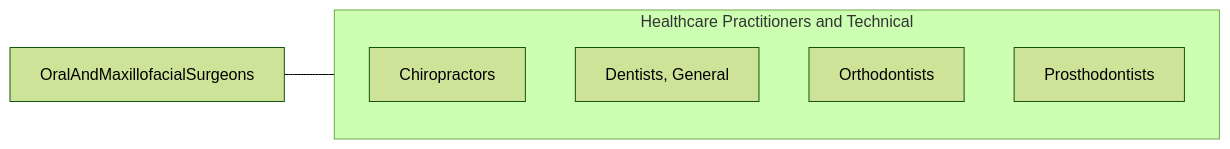
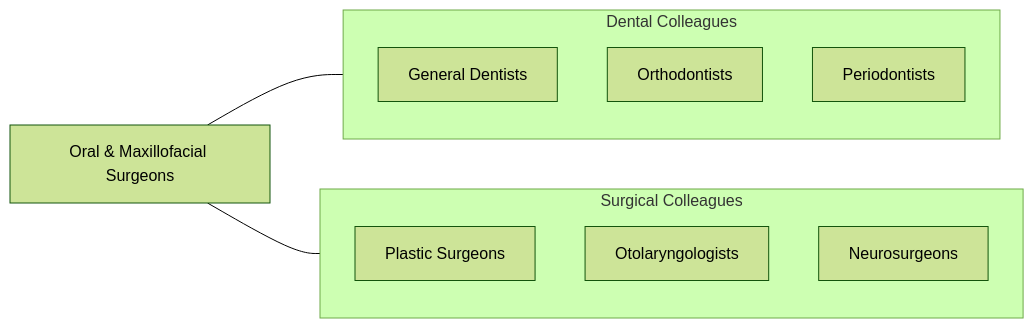
Before and after one commit to kziemski/business.org.ai: the fourth of 4 diagrams in occupations/HealthcarePractitioners/OralAndMaxillofacialSurgeons.mdx, drawn with Mermaid (forest theme). The commit also changed other lines of this file and 938 other files, not shown here.

````diff
--- a/occupations/HealthcarePractitioners/OralAndMaxillofacialSurgeons.mdx
+++ b/occupations/HealthcarePractitioners/OralAndMaxillofacialSurgeons.mdx
@@ -107,13 +186,19 @@
 ```mermaid
 graph LR
-    Current["OralAndMaxillofacialSurgeons"]
+    Current["Oral & Maxillofacial Surgeons"]
 
-    subgraph SameCategory["Healthcare Practitioners and Technical"]
-        Chiropractors["Chiropractors"]
-        DentistsGeneral["Dentists, General"]
+    subgraph DentalTeam["Dental Colleagues"]
+        GeneralDentists["General Dentists"]
         Orthodontists["Orthodontists"]
-        Prosthodontists["Prosthodontists"]
+        Periodontists["Periodontists"]
     end
 
-    Current --- SameCategory
+    subgraph Surgical["Surgical Colleagues"]
+        PlasticSurgeons["Plastic Surgeons"]
+        ENTs["Otolaryngologists"]
+        Neurosurgeons["Neurosurgeons"]
+    end
+
+    Current --- DentalTeam
+    Current --- Surgical
 ```
````
